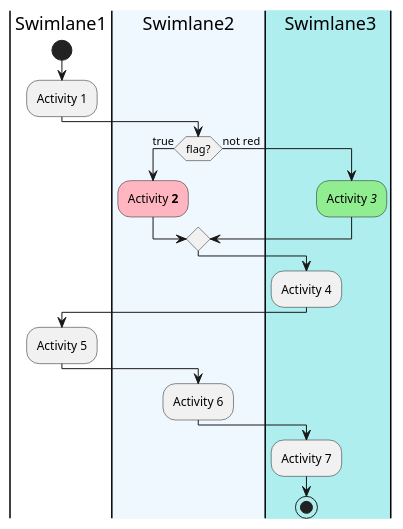
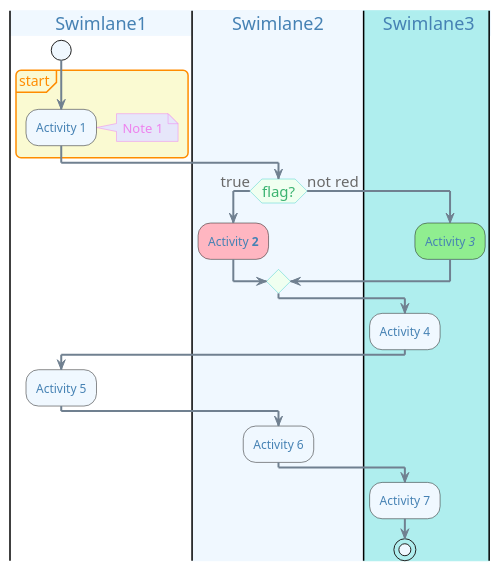
One commit to yzkn/PlantUML-CheatSheet changed the fourth of 4 diagrams in src/18-000-アクティビティ図.md. Above: the diagram before and after it, drawn with PlantUML. The commit also changed other lines of this file, not shown here.

````diff
--- a/src/18-000-アクティビティ図.md
+++ b/src/18-000-アクティビティ図.md
@@ -268,33 +268,77 @@
 ```plantuml
 
 @startuml
 
+<style>
+activityDiagram {
+    BackgroundColor #AliceBlue
+    BorderColor #CornflowerBlue
+    FontColor #SteelBlue
+    FontName arial
+
+    diamond {
+        BackgroundColor #HoneyDew
+        FontColor #MediumSeaGreen
+        FontName arial
+        FontSize 15
+        LineColor #MediumTurquoise
+    }
+
+    arrow {
+        FontColor #DimGray
+        FontName arial
+        FontSize 15
+        LineColor #SlateGray
+        LineThickness 2
+    }
+
+    partition {
+        BackgroundColor #LightGoldenRodYellow
+        FontColor #DarkOrange
+        LineColor #DarkOrange
+        RoundCorner 10
+    }
+
+    note {
+        BackgroundColor #Lavender
+        FontColor #Violet
+        LineColor #Violet
+    }
+}
+document {
+   BackgroundColor transparent
+}
+</style>
+
 |Swimlane1|
 start
-:Activity 1;
+partition start {
+    :Activity 1;
+    note right : Note 1
+}
 
 |#AliceBlue|Swimlane2|
 if (flag?) is (true) then
 #LightPink:Activity **2**;
 else (not red)
 
 |#PaleTurquoise|S3| Swimlane3 /' エイリアス（別名） '/
 #LightGreen:Activity //3//;
 endif
 
 |S3|
 :Activity 4;
 
 |Swimlane1|
 :Activity 5;
 
 |Swimlane2|
 :Activity 6;
 
 |S3|
 :Activity 7;
 stop
 
 @enduml
 
 ```
````
